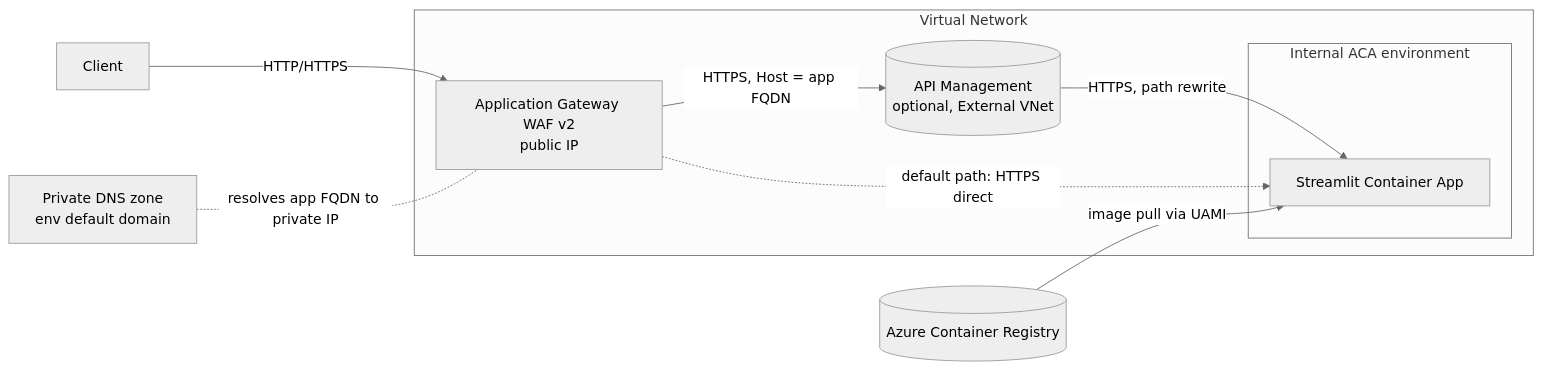
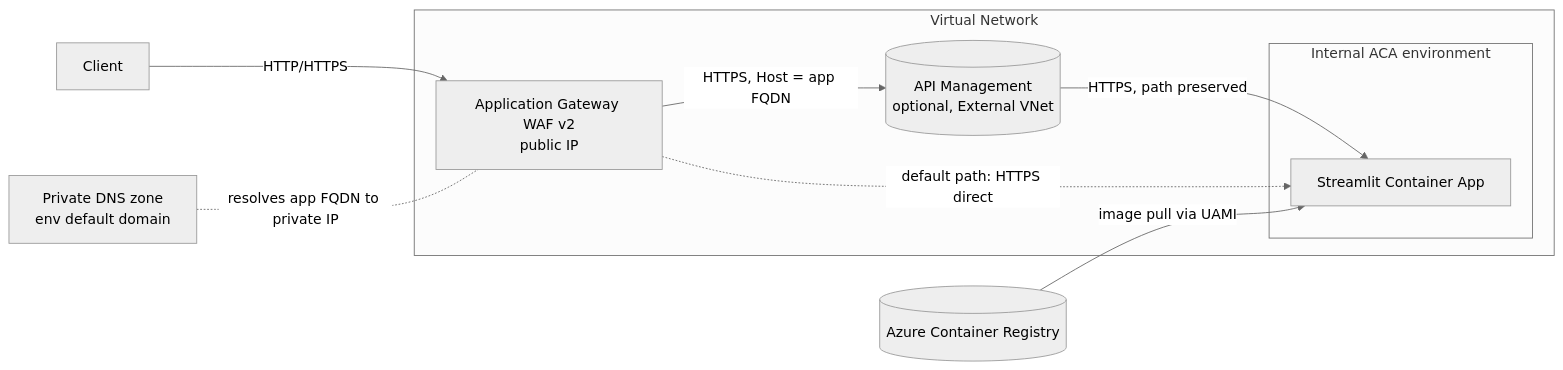
One commit to simonjj/aca-pe-and-apim changed the diagram in README.md. Above: the diagram before and after it, drawn with Mermaid (neutral theme). The commit also changed other lines of this file and 2 other files, not shown here.

First line of the commit message:
Fix APIM tier routing and Easy Auth header propagation

````diff
--- a/README.md
+++ b/README.md
@@ -21,14 +21,14 @@
 ```mermaid
 flowchart LR
     Client[Client] -->|HTTP/HTTPS| AGW[Application Gateway WAF v2<br/>public IP]
     subgraph VNet[Virtual Network]
         AGW -->|HTTPS, Host = app FQDN| APIM[(API Management<br/>optional, External VNet)]
-        APIM -->|HTTPS, path rewrite| CA
+        APIM -->|HTTPS, path preserved| CA
         AGW -.->|default path: HTTPS direct| CA[Streamlit Container App]
         subgraph ACAENV[Internal ACA environment]
             CA
         end
     end
     PDNS[Private DNS zone<br/>env default domain] -. resolves app FQDN to private IP .- AGW
     ACR[(Azure Container Registry)] -->|image pull via UAMI| CA
 ```
````
